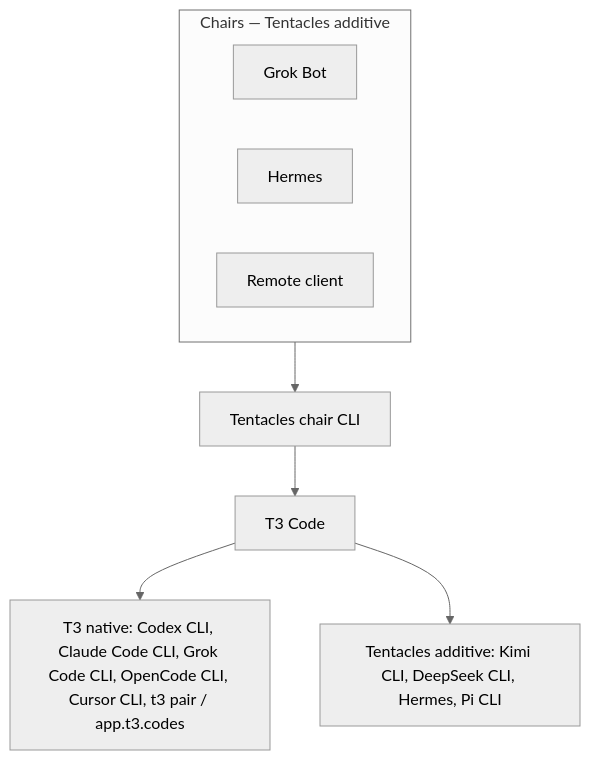
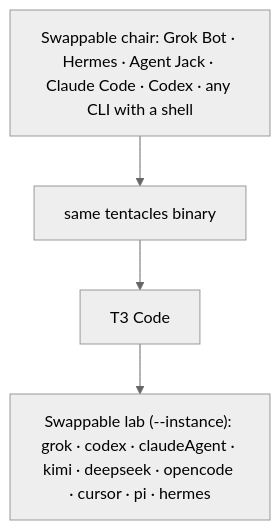
One commit to m-check1B/t3-code-tentacles changed the diagram in README.md. Above: the diagram before and after it, drawn with Mermaid (neutral theme). The commit also changed other lines of this file, not shown here.

Commit message:
docs: make Tentacles chairs interchangeable

````diff
--- a/README.md
+++ b/README.md
@@ -90,13 +97,7 @@
 ```mermaid
 flowchart TB
-    subgraph Chairs["Chairs — Tentacles additive"]
-        direction LR
-        GrokBot["Grok Bot"]
-        HermesChair["Hermes"]
-        Remote["Remote client"]
-    end
-    Chairs --> ChairCLI["Tentacles chair CLI"]
+    Chairs["Swappable chair: Grok Bot · Hermes · Agent Jack · Claude Code · Codex · any CLI with a shell"]
+    Chairs --> ChairCLI["same tentacles binary"]
     ChairCLI --> T3["T3 Code"]
-    T3 --> Native["T3 native: Codex CLI, Claude Code CLI, Grok Code CLI, OpenCode CLI, Cursor CLI, t3 pair / app.t3.codes"]
-    T3 --> Additive["Tentacles additive: Kimi CLI, DeepSeek CLI, Hermes, Pi CLI"]
+    T3 --> Labs["Swappable lab (--instance): grok · codex · claudeAgent · kimi · deepseek · opencode · cursor · pi · hermes"]
 ```
````
